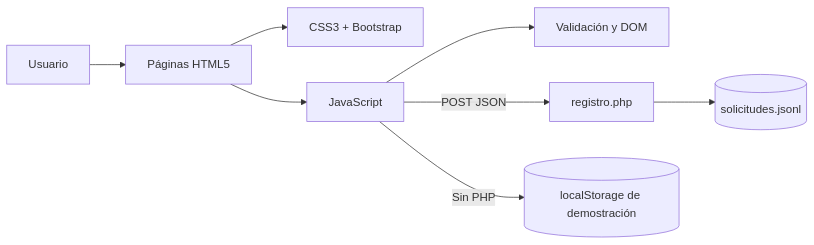
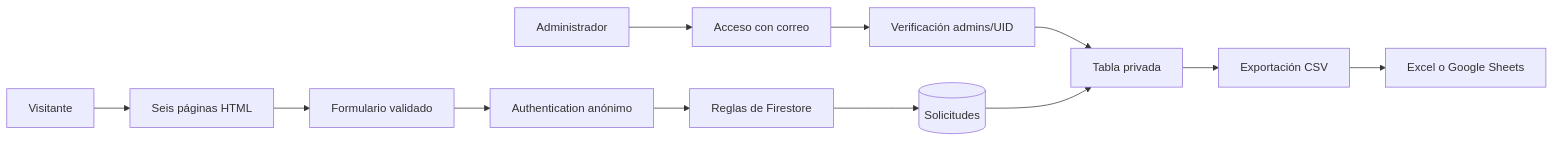
The diagram in docs/INFORME_TECNICO.md (LeninAsto/HarmonyHeights), drawn with Mermaid before and after one commit. The commit also changed other lines of this file and 32 other files, not shown here.

````diff
--- a/docs/INFORME_TECNICO.md
+++ b/docs/INFORME_TECNICO.md
@@ -28,10 +30,14 @@
 ```mermaid
 flowchart LR
-    U[Usuario] --> P[Páginas HTML5]
-    P --> C[CSS3 + Bootstrap]
-    P --> J[JavaScript]
-    J --> V[Validación y DOM]
-    J -->|POST JSON| B[registro.php]
-    B --> S[(solicitudes.jsonl)]
-    J -->|Sin PHP| L[(localStorage de demostración)]
+    V[Visitante] --> H[Seis páginas HTML]
+    H --> J[Formulario validado]
+    J --> A[Authentication anónimo]
+    A --> R[Reglas de Firestore]
+    R --> D[(Solicitudes)]
+    U[Administrador] --> L[Acceso con correo]
+    L --> P[Verificación admins/UID]
+    P --> T[Tabla privada]
+    D --> T
+    T --> C[Exportación CSV]
+    C --> E[Excel o Google Sheets]
 ```
````
